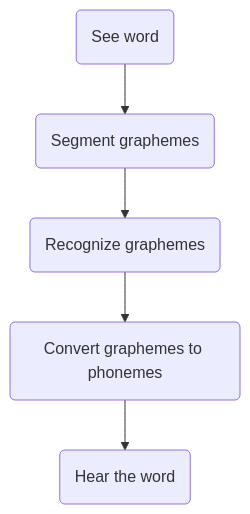
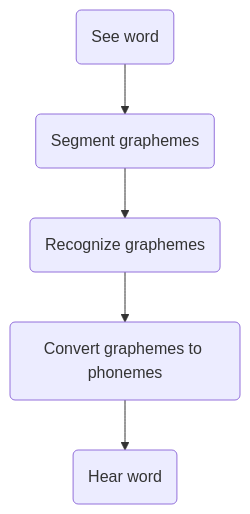
Before and after one commit to ethanweed/ExPsyLing: the third of 7 diagrams in 2022/Slides/Lecture-04.md, drawn with Mermaid. The commit also changed other lines of this file and 1 other file, not shown here.

````diff
--- a/2022/Slides/Lecture-04.md
+++ b/2022/Slides/Lecture-04.md
@@ -120,8 +120,8 @@
 ```{.mermaid format=svg  theme=neutral width=400 }
 graph TB
 A(See word) -->B(Segment graphemes)
 B-->C(Recognize graphemes) 
 C-->D(Convert graphemes to phonemes)
-D --> E("Hear" the word)
+D --> E("Hear" word)
 
 ```
````
